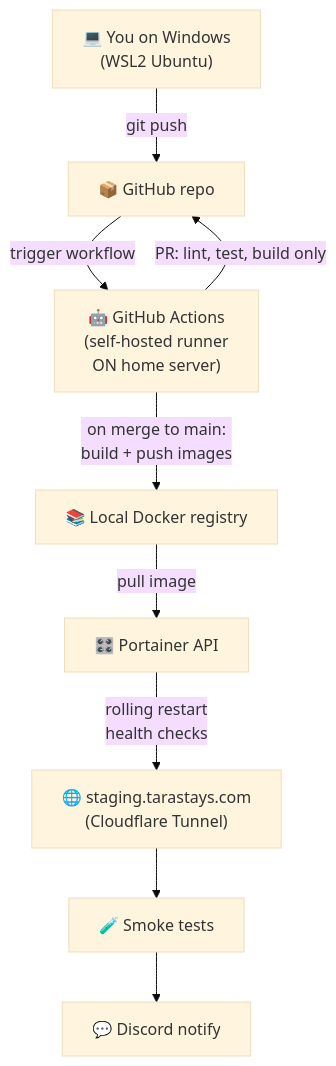
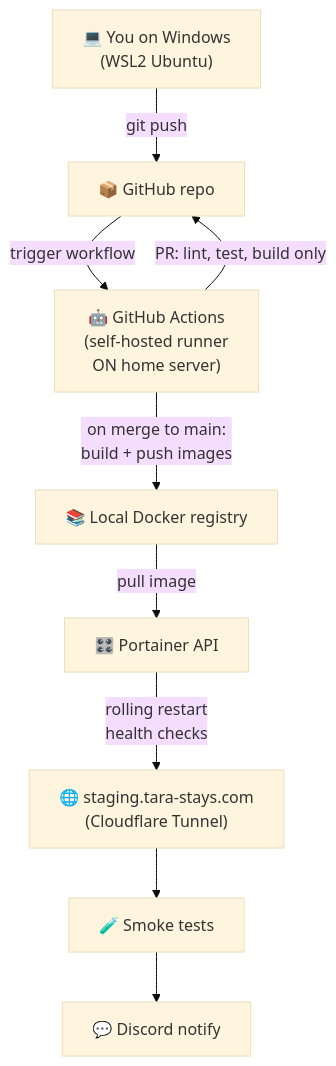
One commit to ialexies/tara changed the fourth of 17 diagrams in docs/architecture/diagrams.md. Above: the diagram before and after it, drawn with Mermaid (base theme). The commit also changed other lines of this file and 11 other files, not shown here.

Commit message:
chore: switch domain from tarastays.com to tara-stays.com

````diff
--- a/docs/architecture/diagrams.md
+++ b/docs/architecture/diagrams.md
@@ -201,20 +201,20 @@
 ```mermaid
 flowchart TB
   Dev["💻 You on Windows<br/>(WSL2 Ubuntu)"]
   GH["📦 GitHub repo"]
   Runner["🤖 GitHub Actions<br/>(self-hosted runner<br/>ON home server)"]
   Reg["📚 Local Docker registry"]
   Port["🎛️ Portainer API"]
-  Stage["🌐 staging.tarastays.com<br/>(Cloudflare Tunnel)"]
+  Stage["🌐 staging.tara-stays.com<br/>(Cloudflare Tunnel)"]
   Smoke["🧪 Smoke tests"]
   Disc["💬 Discord notify"]
 
   Dev -->|"git push"| GH
   GH -->|"trigger workflow"| Runner
   Runner -->|"PR: lint, test, build only"| GH
   Runner -->|"on merge to main:<br/>build + push images"| Reg
   Reg -->|"pull image"| Port
   Port -->|"rolling restart<br/>health checks"| Stage
   Stage --> Smoke
   Smoke --> Disc
 ```
````
